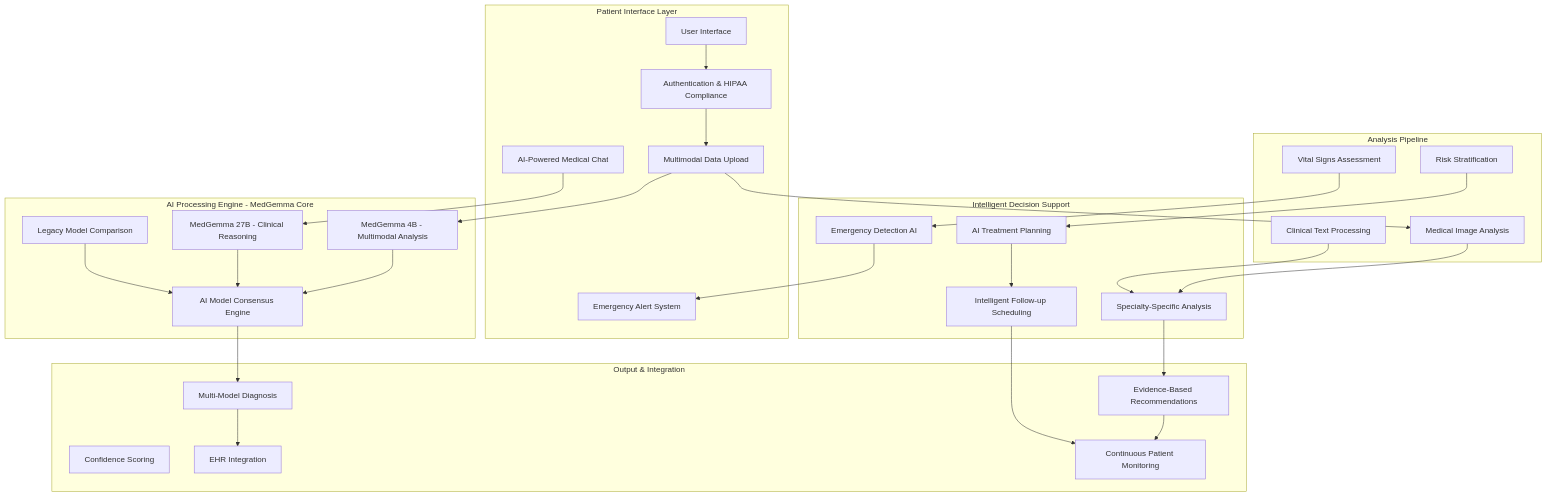
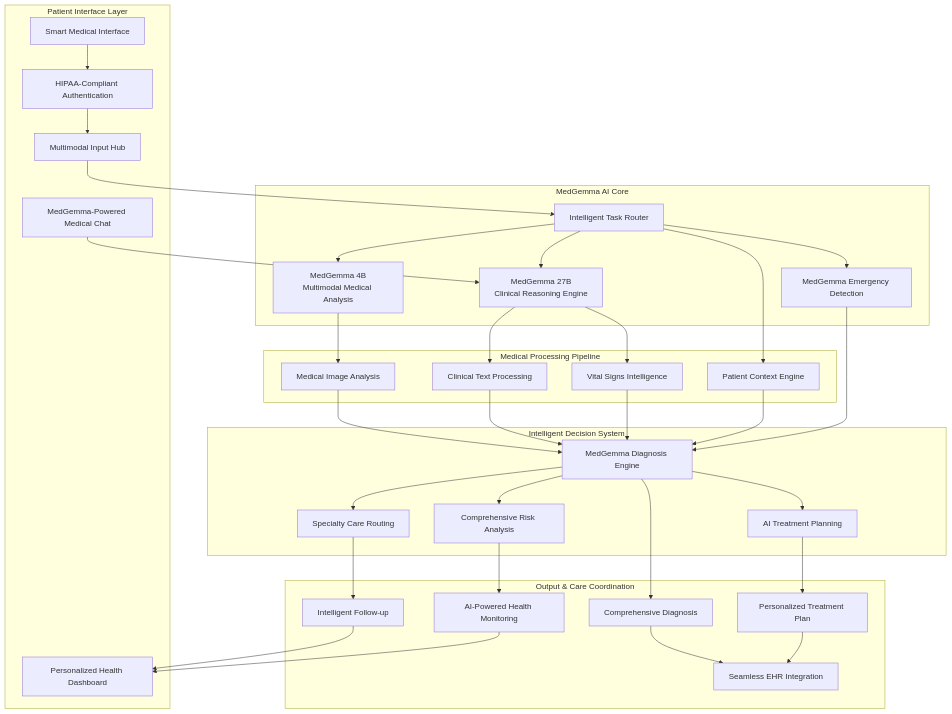
The first of 7 diagrams in System diagrams/system_diagrams.md (Assem-ElQersh/MedFlow-AI-Medical-Assistance-System), drawn with Mermaid before and after one commit. The commit also changed other lines of this file, not shown here.

````diff
--- a/System diagrams/system_diagrams.md
+++ b/System diagrams/system_diagrams.md
@@ -9,62 +5,73 @@
 ```mermaid
 graph TB
     subgraph "Patient Interface Layer"
-        UI[User Interface]
-        Auth[Authentication & HIPAA Compliance]
-        Upload[Multimodal Data Upload]
-        Chat[AI-Powered Medical Chat]
-        Emergency[Emergency Alert System]
+        UI[Smart Medical Interface]
+        Auth[HIPAA-Compliant Authentication]
+        MultiInput[Multimodal Input Hub]
+        Chat[MedGemma-Powered Medical Chat]
+        Dashboard[Personalized Health Dashboard]
     end
 
-    subgraph "AI Processing Engine - MedGemma Core"
-        MG4B[MedGemma 4B - Multimodal Analysis]
-        MG27B[MedGemma 27B - Clinical Reasoning]
-        Consensus[AI Model Consensus Engine]
-        Legacy[Legacy Model Comparison]
+    subgraph "MedGemma AI Core"
+        MG4B[MedGemma 4B<br/>Multimodal Medical Analysis]
+        MG27B[MedGemma 27B<br/>Clinical Reasoning Engine]
+        Router[Intelligent Task Router]
+        Emergency[MedGemma Emergency Detection]
     end
 
-    subgraph "Analysis Pipeline"
-        ImageAnalysis[Medical Image Analysis]
-        TextAnalysis[Clinical Text Processing]
-        VitalAnalysis[Vital Signs Assessment]
-        RiskAnalysis[Risk Stratification]
+    subgraph "Medical Processing Pipeline"
+        ImageProcessor[Medical Image Analysis]
+        TextProcessor[Clinical Text Processing]
+        VitalProcessor[Vital Signs Intelligence]
+        ContextEngine[Patient Context Engine]
     end
 
-    subgraph "Intelligent Decision Support"
-        EmergencyDetection[Emergency Detection AI]
-        SpecialtyRouting[Specialty-Specific Analysis]
-        TreatmentAI[AI Treatment Planning]
-        FollowUpAI[Intelligent Follow-up Scheduling]
+    subgraph "Intelligent Decision System"
+        DiagnosisEngine[MedGemma Diagnosis Engine]
+        TreatmentPlanner[AI Treatment Planning]
+        RiskAssessment[Comprehensive Risk Analysis]
+        SpecialtyRouter[Specialty Care Routing]
     end
 
-    subgraph "Output & Integration"
-        Diagnosis[Multi-Model Diagnosis]
-        Confidence[Confidence Scoring]
-        Recommendations[Evidence-Based Recommendations]
-        EHRIntegration[EHR Integration]
-        Monitoring[Continuous Patient Monitoring]
+    subgraph "Output & Care Coordination"
+        DiagnosisReport[Comprehensive Diagnosis]
+        TreatmentPlan[Personalized Treatment Plan]
+        FollowUpAI[Intelligent Follow-up]
+        EHRIntegration[Seamless EHR Integration]
+        ContinuousMonitoring[AI-Powered Health Monitoring]
     end
 
     UI --> Auth
-    Auth --> Upload
-    Upload --> MG4B
-    Upload --> ImageAnalysis
+    Auth --> MultiInput
+    MultiInput --> Router
     Chat --> MG27B
-    MG4B --> Consensus
-    MG27B --> Consensus
-    Legacy --> Consensus
     
-    ImageAnalysis --> SpecialtyRouting
-    TextAnalysis --> SpecialtyRouting
-    VitalAnalysis --> EmergencyDetection
-    RiskAnalysis --> TreatmentAI
+    Router --> MG4B
+    Router --> MG27B
+    Router --> Emergency
     
-    Consensus --> Diagnosis
-    EmergencyDetection --> Emergency
-    SpecialtyRouting --> Recommendations
-    TreatmentAI --> FollowUpAI
+    MG4B --> ImageProcessor
+    MG27B --> TextProcessor
+    MG27B --> VitalProcessor
+    Router --> ContextEngine
     
-    Diagnosis --> EHRIntegration
-    Recommendations --> Monitoring
-    FollowUpAI --> Monitoring
+    ImageProcessor --> DiagnosisEngine
+    TextProcessor --> DiagnosisEngine
+    VitalProcessor --> DiagnosisEngine
+    ContextEngine --> DiagnosisEngine
+    Emergency --> DiagnosisEngine
+    
+    DiagnosisEngine --> TreatmentPlanner
+    DiagnosisEngine --> RiskAssessment
+    DiagnosisEngine --> SpecialtyRouter
+    
+    TreatmentPlanner --> TreatmentPlan
+    DiagnosisEngine --> DiagnosisReport
+    SpecialtyRouter --> FollowUpAI
+    RiskAssessment --> ContinuousMonitoring
+    
+    DiagnosisReport --> EHRIntegration
+    TreatmentPlan --> EHRIntegration
+    FollowUpAI --> Dashboard
+    ContinuousMonitoring --> Dashboard
 ```
````
